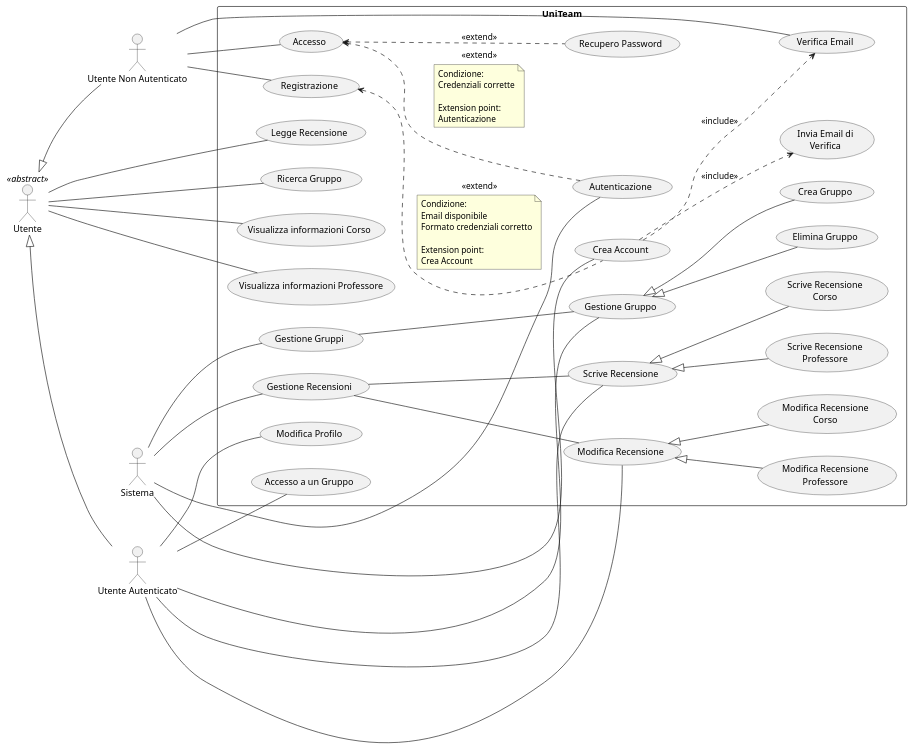
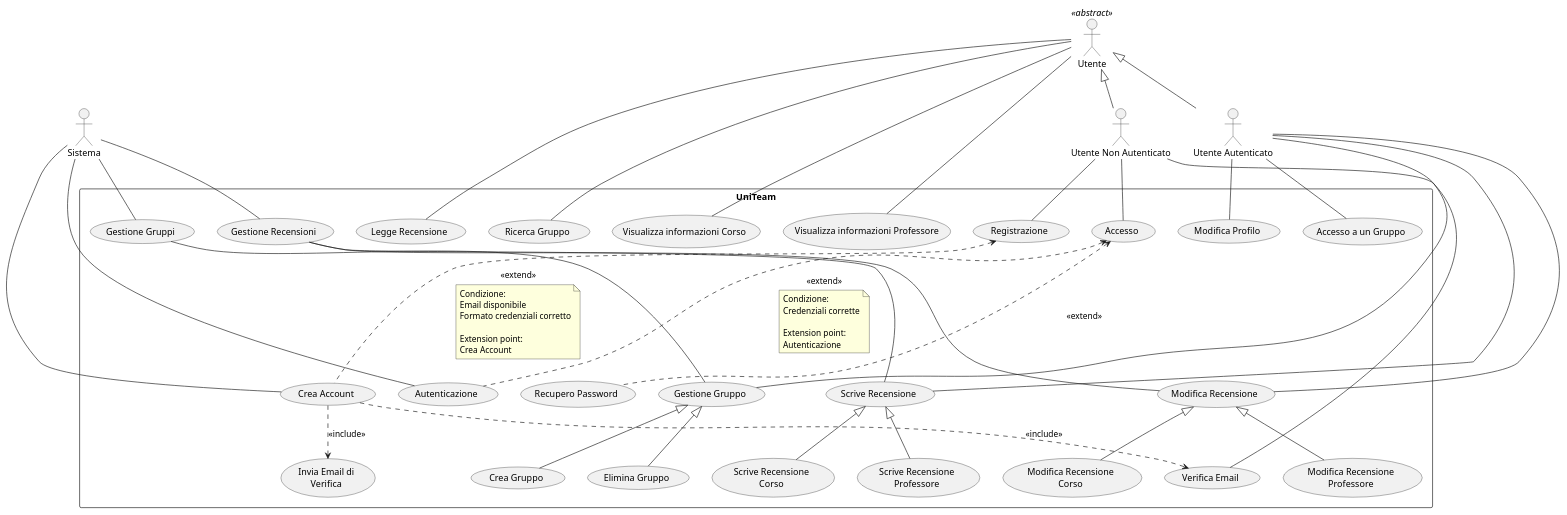
Before and after one commit to AndreaCremonesi4/UniTeam: the diagram in Diagrammi/UseCase.puml, drawn with PlantUML. The commit also changed 3 other files, not shown here.

Commit message:
Updated Use Case Diagram

```diff
--- a/Diagrammi/UseCase.puml
+++ b/Diagrammi/UseCase.puml
@@ -1,118 +1,122 @@
 @startuml UseCase
 
-left to right direction
+'skinparam linetype polyline
+'skinparam linetype ortho
 
 'Attori'
 actor Sistema
-actor "Utente" as Utente <<abstract>>
-actor "Utente Autenticato" as Utente_Autenticato
-actor "Utente Non Autenticato" as Utente_Non_Autenticato
+together {
+    actor "Utente" as Utente <<abstract>>
+    actor "Utente Autenticato" as Utente_Autenticato
+    actor "Utente Non Autenticato" as Utente_Non_Autenticato
+}
 
 rectangle UniTeam {
     'Use Case Sistema'
     usecase Autenticazione
     usecase "Crea Account" as Crea_Account
     usecase "Invia Email di\\nVerifica" as Invia_Email_Verifica 
     usecase "Recupero Password" as Recupero_Password
     usecase "Gestione Gruppi" as Gestione_Gruppi
     usecase "Gestione Recensioni" as Gestione_Recensioni
-   
 
     'Use Case Utente'
     usecase "Legge Recensione" as Legge_Recensione
     usecase "Ricerca Gruppo" as Ricerca_Gruppo
     usecase "Visualizza informazioni Corso" as Visualizza_Info_Corso
     usecase "Visualizza informazioni Professore" as Visualizza_Info_Professore
 
     'Use Case Utente Non Autenticato'
     usecase Accesso
     usecase Registrazione
     usecase "Verifica Email" as Verifica_Email
 
     'Use Case Utente Autenticato'
     usecase "Modifica Profilo" as Modifica_Profilo
     usecase "Crea Gruppo" as Crea_Gruppo
     usecase "Accesso a un Gruppo" as Accesso_Gruppo 
     usecase "Elimina Gruppo" as Elimina_Gruppo
     usecase "Gestione Gruppo" as Gestione_Gruppo
     usecase "Scrive Recensione" as Scrive_Recensione
     usecase "Scrive Recensione\\nCorso" as Scrive_Recensione_Corso
     usecase "Scrive Recensione\\nProfessore" as Scrive_Recensione_Professore
     usecase "Modifica Recensione" as Modifica_Recensione
     usecase "Modifica Recensione\\nCorso" as Modifica_Recensione_Corso
     usecase "Modifica Recensione\\nProfessore" as Modifica_Recensione_Professore
 }
 
 'Utente'
 Utente <|-- Utente_Autenticato
 Utente <|-- Utente_Non_Autenticato
 
 'Registrazione'
 Sistema -- Crea_Account
 Crea_Account ..> Invia_Email_Verifica : <<include>>
 Crea_Account ..> Verifica_Email: <<include>>
 
 Utente_Non_Autenticato -- Registrazione
 Registrazione <.. Crea_Account : <<extend>>
 note on link
     Condizione: 
     Email disponibile
     Formato credenziali corretto
 
     Extension point: 
     Crea Account
 end note
 
 Utente_Non_Autenticato -- Verifica_Email
 
+
 'Accesso'
 Utente_Non_Autenticato -- Accesso
 Accesso <.. Autenticazione : <<extend>>
 note on link
     Condizione: 
     Credenziali corrette
 
     Extension point: 
     Autenticazione
 end note
 
 Accesso <.. Recupero_Password : <<extend>>
 Sistema -- Autenticazione
 
 'Profilo'
 Utente_Autenticato -- Modifica_Profilo
 
 'Recensioni'
 Scrive_Recensione <|-- Scrive_Recensione_Corso
 Scrive_Recensione <|-- Scrive_Recensione_Professore
 Modifica_Recensione <|-- Modifica_Recensione_Corso
 Modifica_Recensione <|-- Modifica_Recensione_Professore
 
 Utente -- Legge_Recensione
+
 Utente_Autenticato -- Scrive_Recensione
 Utente_Autenticato -- Modifica_Recensione
 
 Sistema -- Gestione_Recensioni
 Gestione_Recensioni -- Scrive_Recensione
 Gestione_Recensioni -- Modifica_Recensione
 
 'Gruppi'
 Gestione_Gruppo <|-- Crea_Gruppo
 Gestione_Gruppo <|-- Elimina_Gruppo
 
 Sistema -- Gestione_Gruppi
 Utente_Autenticato -- Gestione_Gruppo
 Utente_Autenticato -- Accesso_Gruppo
 Utente -- Ricerca_Gruppo
 
 Gestione_Gruppi -- Gestione_Gruppo
 
 
 'Corsi'
 Utente -- Visualizza_Info_Corso
 
 
 'Professori'
 Utente -- Visualizza_Info_Professore
 
 @enduml
```
